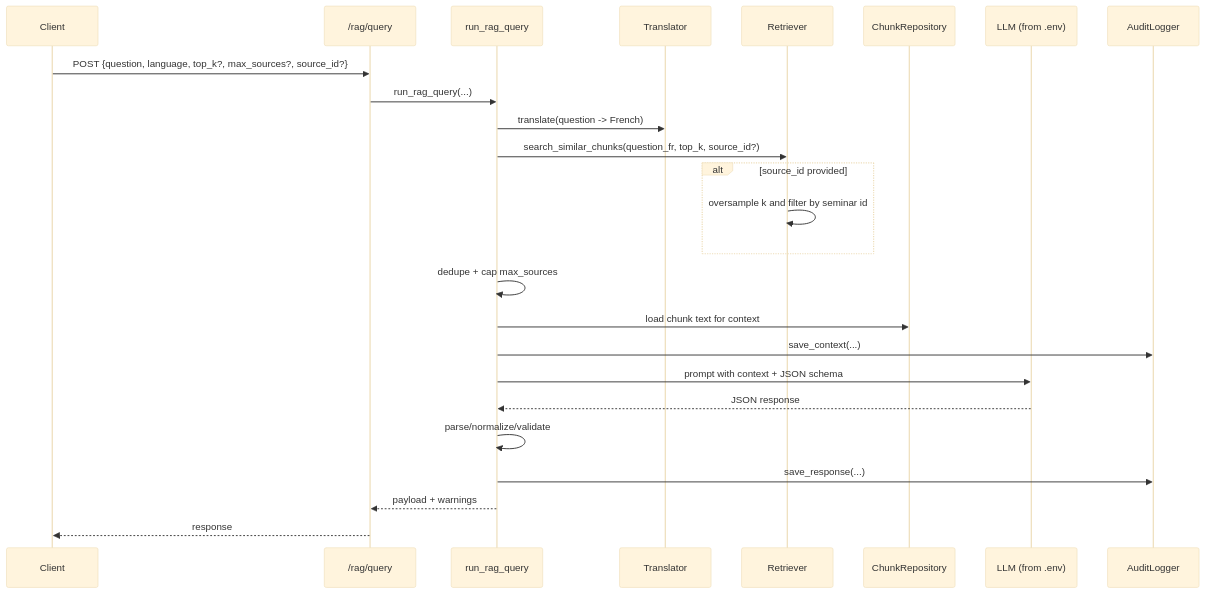
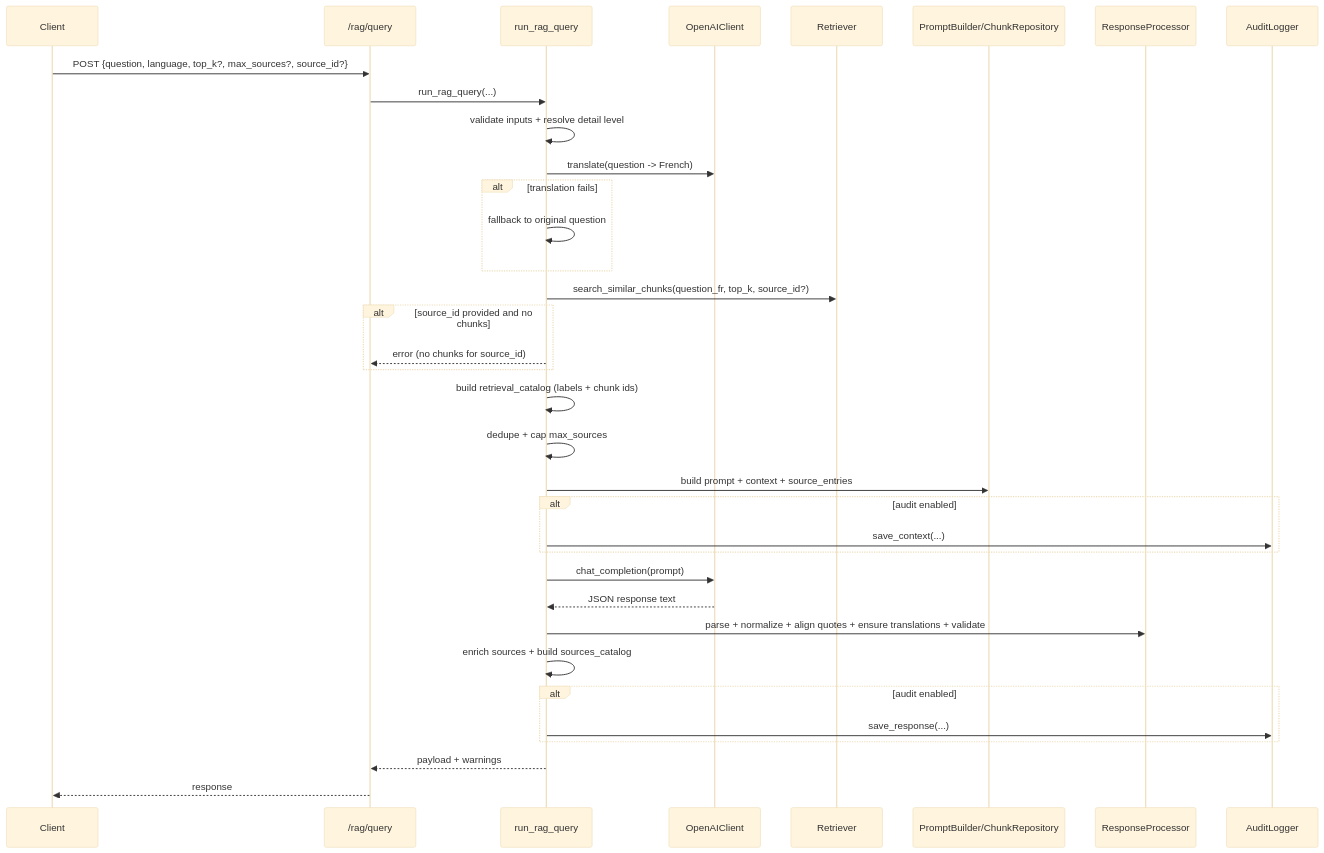
The diagram in README.md (501ego/lacanian-rag), drawn with Mermaid (base theme) before and after one commit. The commit also changed other lines of this file and 19 other files, not shown here.

````diff
--- a/README.md
+++ b/README.md
@@ -108,28 +234,38 @@
 ```mermaid
 sequenceDiagram
     participant Client
     participant API as /rag/query
     participant Rag as run_rag_query
-    participant Trans as Translator
+    participant OpenAI as OpenAIClient
     participant Ret as Retriever
-    participant Chunks as ChunkRepository
-    participant Model as LLM (from .env)
+    participant Builder as PromptBuilder/ChunkRepository
+    participant Proc as ResponseProcessor
     participant Audit as AuditLogger
 
     Client->>API: POST {question, language, top_k?, max_sources?, source_id?}
     API->>Rag: run_rag_query(...)
-    Rag->>Trans: translate(question -> French)
+    Rag->>Rag: validate inputs + resolve detail level
+    Rag->>OpenAI: translate(question -> French)
+    alt translation fails
+        Rag->>Rag: fallback to original question
+    end
     Rag->>Ret: search_similar_chunks(question_fr, top_k, source_id?)
-    alt source_id provided
-        Ret->>Ret: oversample k and filter by seminar id
+    alt source_id provided and no chunks
+        Rag-->>API: error (no chunks for source_id)
     end
+    Rag->>Rag: build retrieval_catalog (labels + chunk ids)
     Rag->>Rag: dedupe + cap max_sources
-    Rag->>Chunks: load chunk text for context
-    Rag->>Audit: save_context(...)
-    Rag->>Model: prompt with context + JSON schema
-    Model-->>Rag: JSON response
-    Rag->>Rag: parse/normalize/validate
-    Rag->>Audit: save_response(...)
+    Rag->>Builder: build prompt + context + source_entries
+    alt audit enabled
+        Rag->>Audit: save_context(...)
+    end
+    Rag->>OpenAI: chat_completion(prompt)
+    OpenAI-->>Rag: JSON response text
+    Rag->>Proc: parse + normalize + align quotes + ensure translations + validate
+    Rag->>Rag: enrich sources + build sources_catalog
+    alt audit enabled
+        Rag->>Audit: save_response(...)
+    end
     Rag-->>API: payload + warnings
     API-->>Client: response
 ```
````
